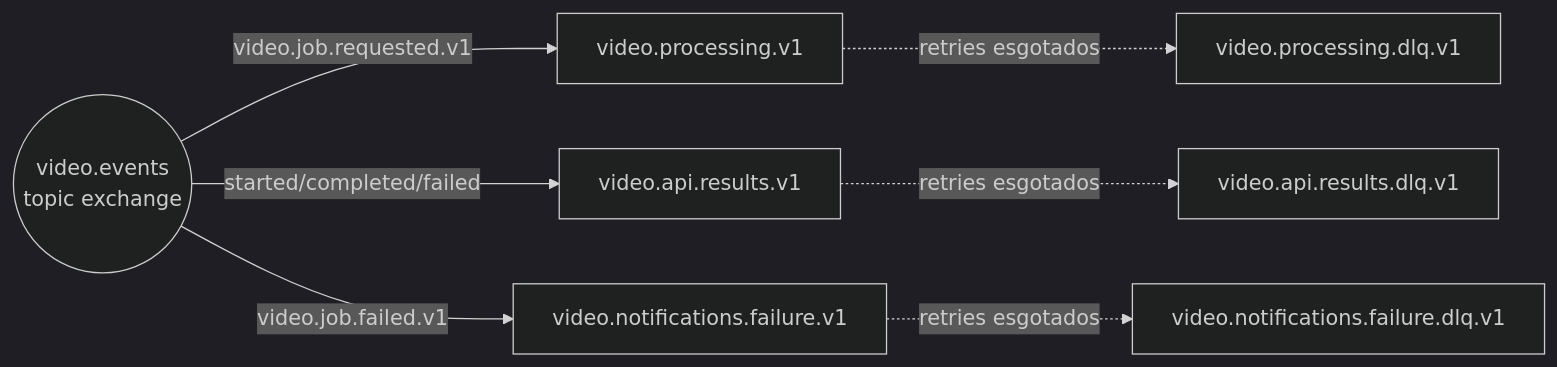
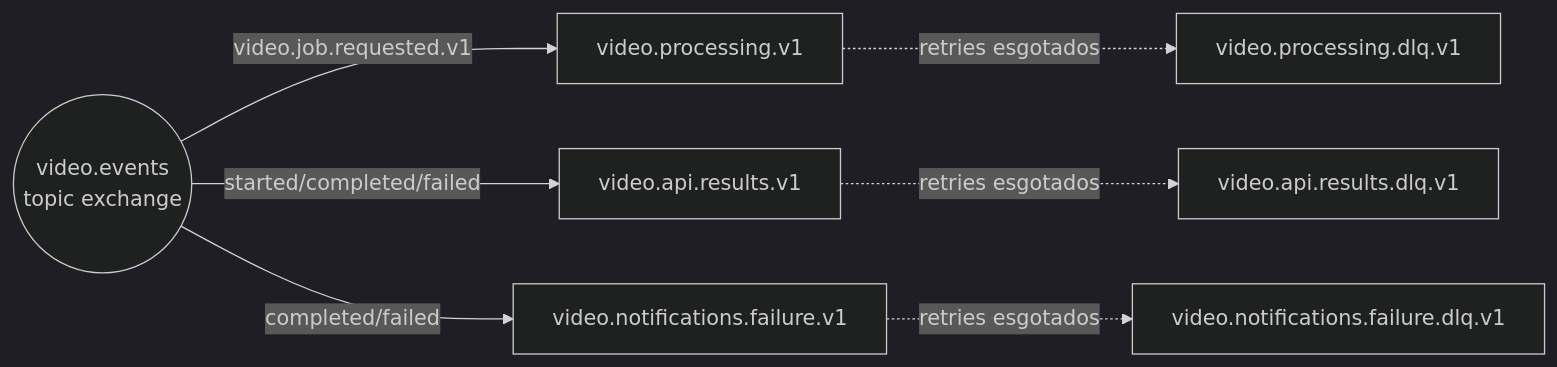
Before and after one commit to fiap-postech-team/fiapx-video-platform: the sixth of 7 diagrams in docs/architecture/architecture.md, drawn with Mermaid (dark theme). The commit also changed other lines of this file and 30 other files, not shown here.

````diff
--- a/docs/architecture/architecture.md
+++ b/docs/architecture/architecture.md
@@ -146,10 +146,10 @@
 ```mermaid
 flowchart LR
     EX((video.events<br/>topic exchange))
     EX -->|video.job.requested.v1| PQ[video.processing.v1]
     PQ -.->|retries esgotados| PDLQ[video.processing.dlq.v1]
     EX -->|started/completed/failed| AQ[video.api.results.v1]
     AQ -.->|retries esgotados| ADLQ[video.api.results.dlq.v1]
-    EX -->|video.job.failed.v1| NQ[video.notifications.failure.v1]
+    EX -->|completed/failed| NQ[video.notifications.failure.v1]
     NQ -.->|retries esgotados| NDLQ[video.notifications.failure.dlq.v1]
 ```
````
